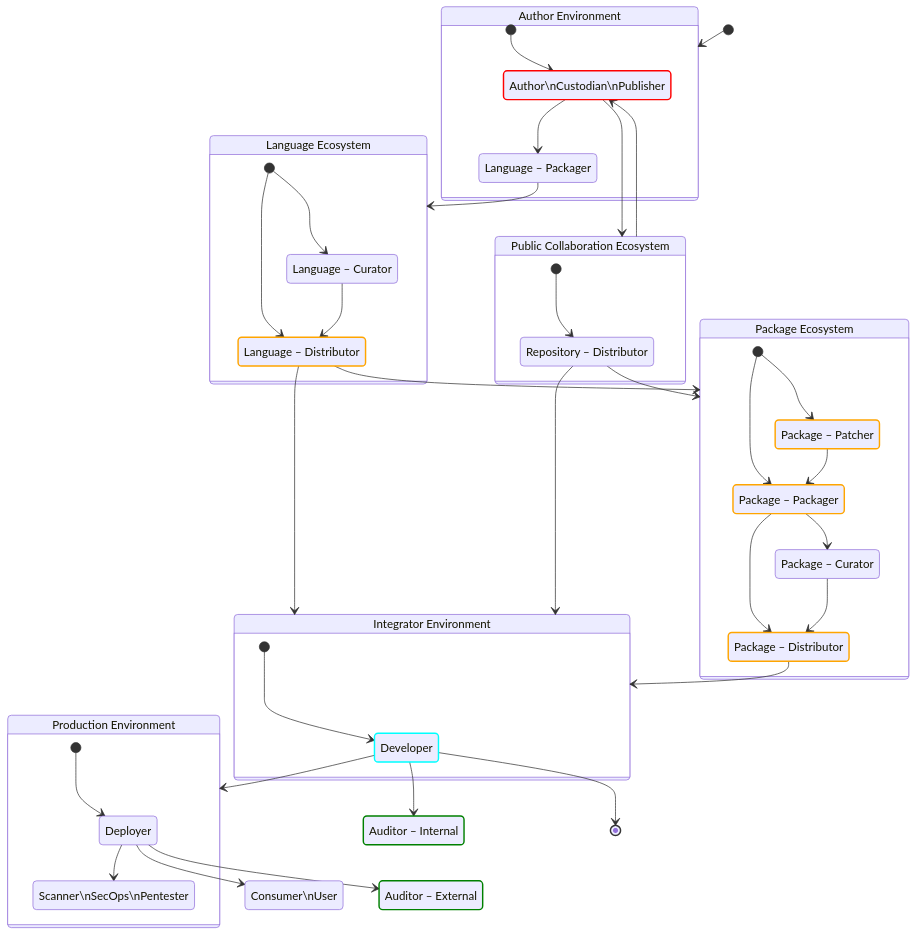
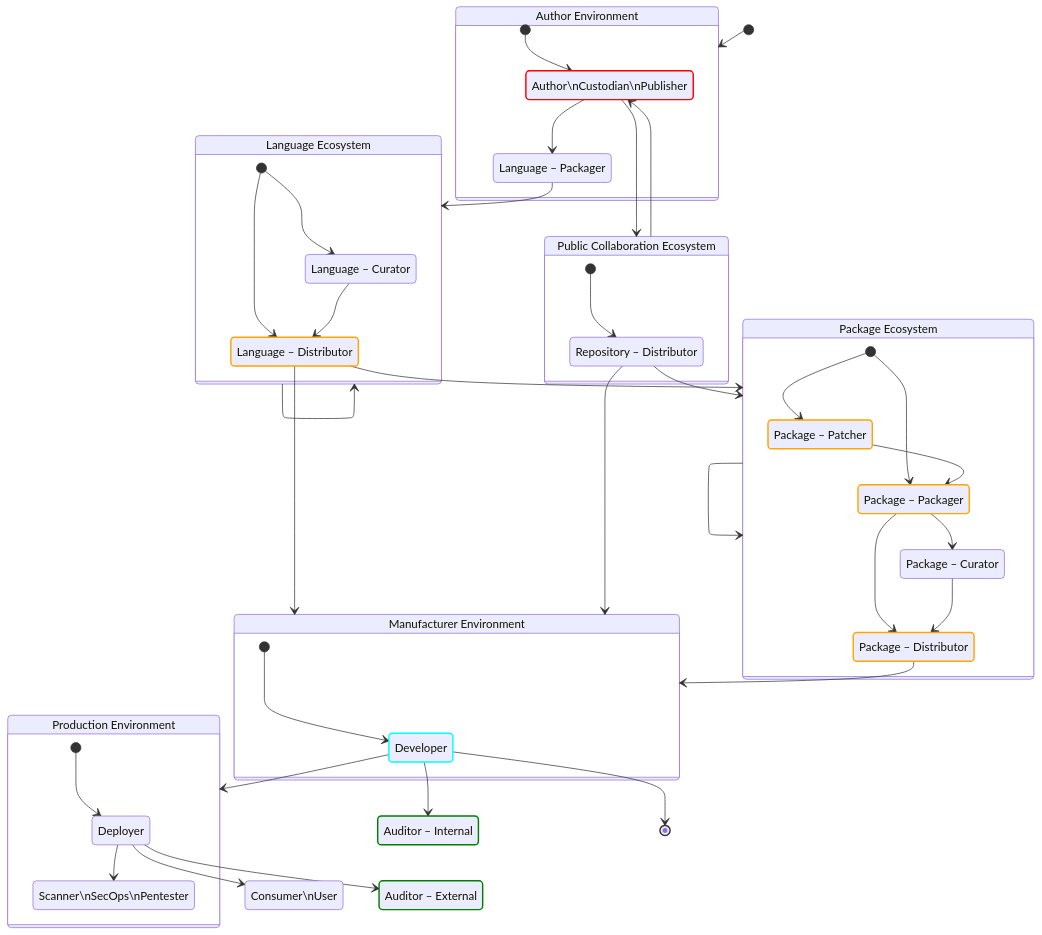
Before and after one commit to CPAN-Security/security.metacpan.org: the diagram in docs/supplychain-sbom.md, drawn with Mermaid. The commit also changed other lines of this file, not shown here.

First line of the commit message:
Add self-refs for package and language ecosystems;

````diff
--- a/docs/supplychain-sbom.md
+++ b/docs/supplychain-sbom.md
@@ -85,6 +85,7 @@
 
     language_distributor --> ecosystem_integrator
     language_distributor --> ecosystem_package
+    ecosystem_lang --> ecosystem_lang
 
     state "Public Collaboration Ecosystem" as ecosystem_repo {
         [*] --> repository_distributor
@@ -103,8 +104,9 @@
     }
 
     package_distributor --> ecosystem_integrator
+    ecosystem_package --> ecosystem_package
 
-    state "Integrator Environment" as ecosystem_integrator {
+    state "Manufacturer Environment" as ecosystem_integrator {
         [*] --> developer
     }
 
@@ -119,5 +121,4 @@
 
     deployer --> consumer
     deployer --> auditor_external
-
 ```
````
